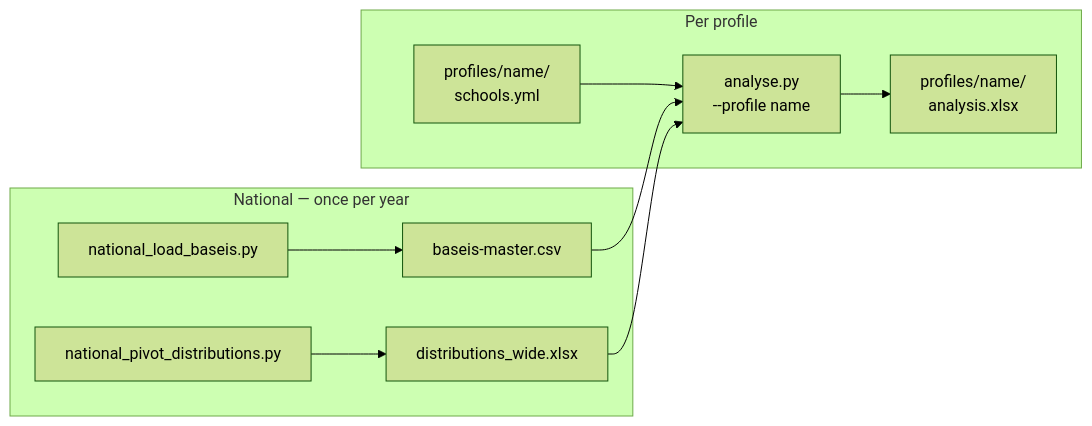
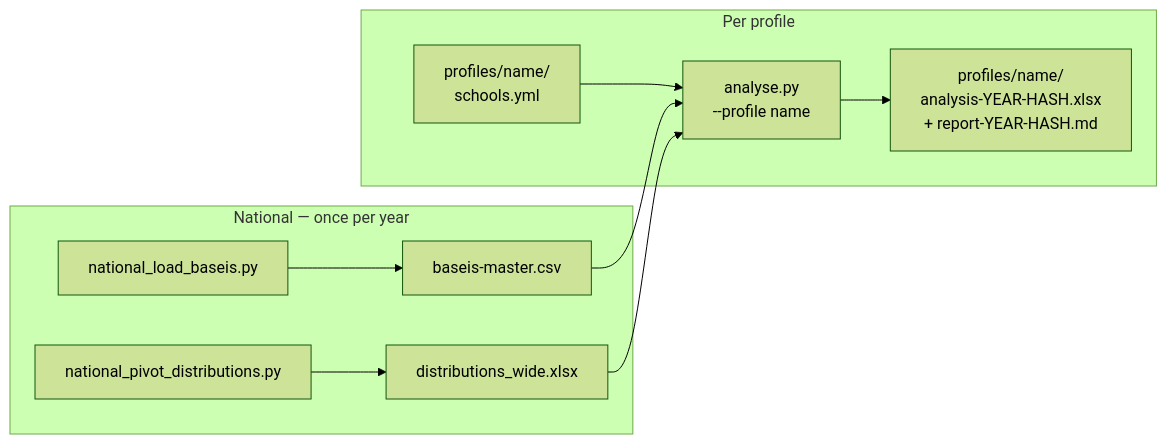
One commit to npapnet/dear_niece changed the diagram in README.md. Above: the diagram before and after it, drawn with Mermaid (forest theme). The commit also changed other lines of this file and 17 other files, not shown here.

````diff
--- a/README.md
+++ b/README.md
@@ -33,17 +33,17 @@
 ```mermaid
 flowchart LR
     subgraph nat["National — once per year"]
         LB["national_load_baseis.py"]
         PD["national_pivot_distributions.py"]
         LB --> MASTER["baseis-master.csv"]
         PD --> WIDE["distributions_wide.xlsx"]
     end
 
     subgraph per["Per profile"]
         YML["profiles/name/\nschools.yml"] --> AN["analyse.py\n--profile name"]
-        AN --> OUT["profiles/name/\nanalysis.xlsx"]
+        AN --> OUT["profiles/name/\nanalysis-YEAR-HASH.xlsx\n+ report-YEAR-HASH.md"]
     end
 
     MASTER --> AN
     WIDE --> AN
 ```
````
